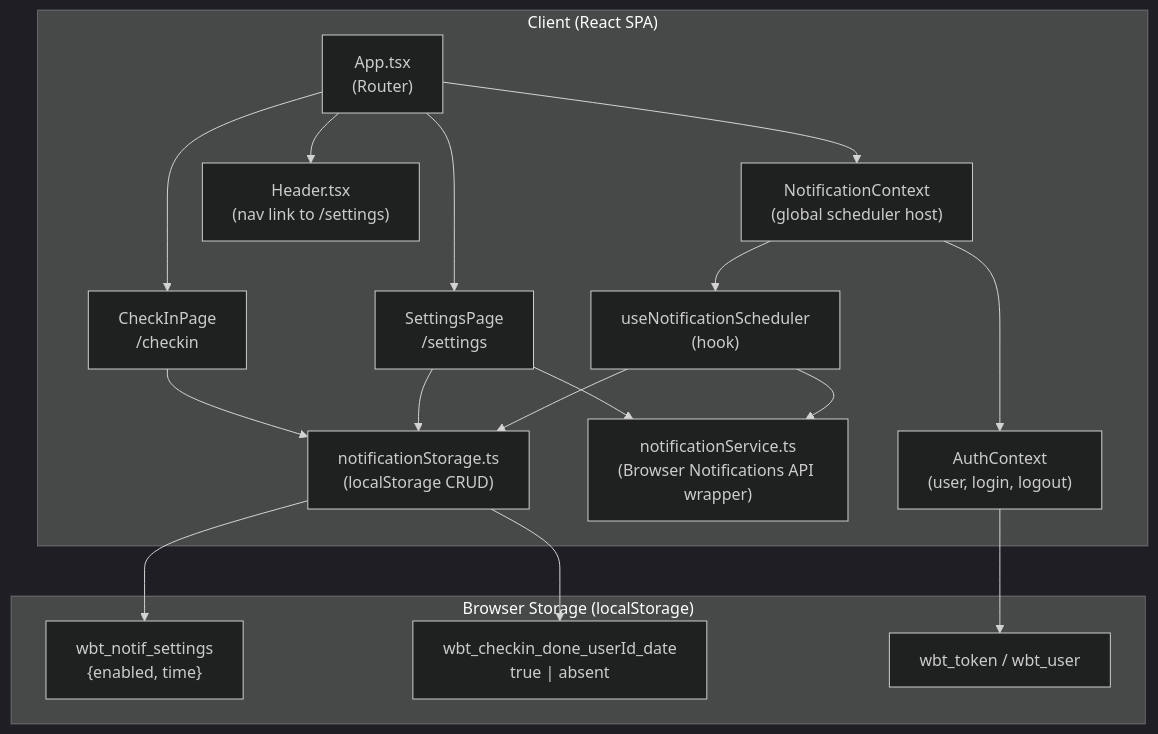
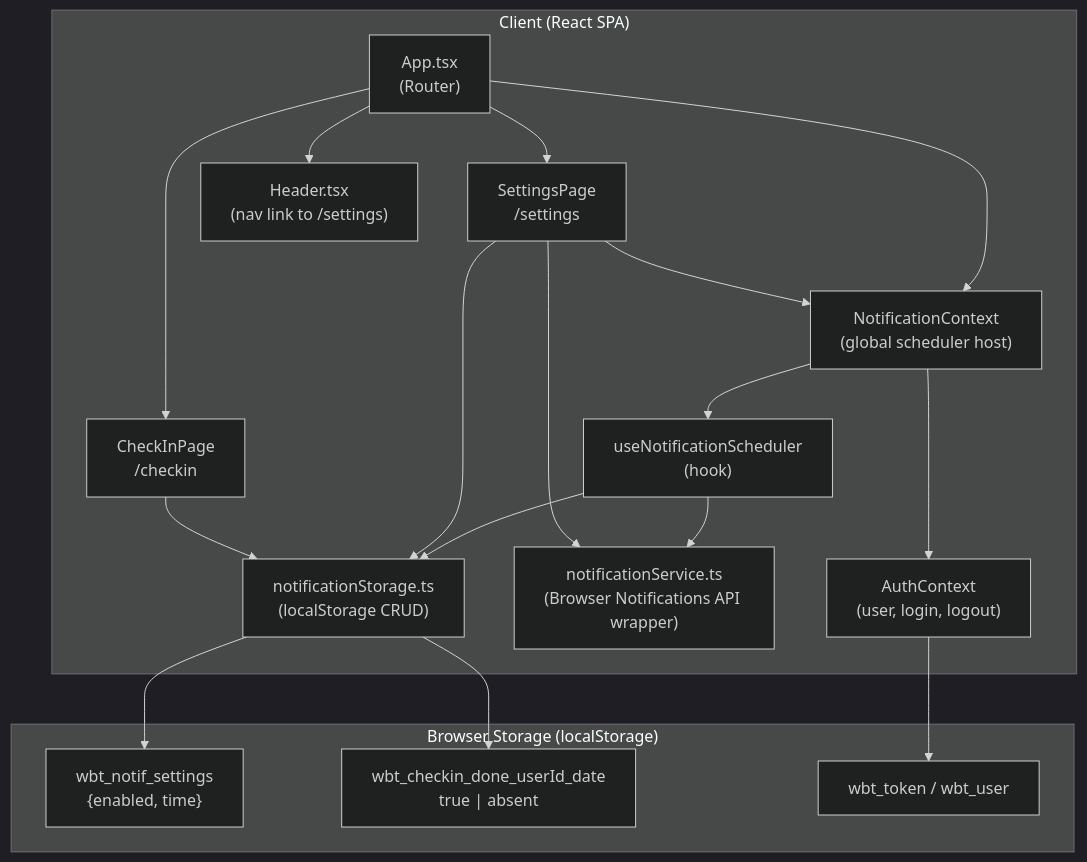
The first of 2 diagrams in docs/architecture.md (santoshhawle/remote-work-wellbeing-tracker), drawn with Mermaid (dark theme) before and after one commit. The commit also changed other lines of this file and 1 other file, not shown here.

````diff
--- a/docs/architecture.md
+++ b/docs/architecture.md
@@ -22,35 +33,36 @@
 ```mermaid
 graph TD
     subgraph Client ["Client (React SPA)"]
         APP["App.tsx\n(Router)"]
         AUTH["AuthContext\n(user, login, logout)"]
         SETTINGS["SettingsPage\n/settings"]
         NOTIF_CTX["NotificationContext\n(global scheduler host)"]
         SCHED["useNotificationScheduler\n(hook)"]
         NOTIF_SVC["notificationService.ts\n(Browser Notifications API wrapper)"]
         NOTIF_STORE["notificationStorage.ts\n(localStorage CRUD)"]
         CHECKIN["CheckInPage\n/checkin"]
         HEADER["Header.tsx\n(nav link to /settings)"]
     end
 
     subgraph Storage ["Browser Storage (localStorage)"]
         PREF["wbt_notif_settings\n{enabled, time}"]
         FLAG["wbt_checkin_done_userId_date\ntrue | absent"]
         AUTH_STORE["wbt_token / wbt_user"]
     end
 
     APP --> NOTIF_CTX
     APP --> SETTINGS
     APP --> CHECKIN
     APP --> HEADER
     NOTIF_CTX --> SCHED
     SCHED --> NOTIF_SVC
     SCHED --> NOTIF_STORE
     SETTINGS --> NOTIF_STORE
     SETTINGS --> NOTIF_SVC
     NOTIF_STORE --> PREF
     NOTIF_STORE --> FLAG
     CHECKIN --> NOTIF_STORE
     AUTH --> AUTH_STORE
     NOTIF_CTX --> AUTH
+    SETTINGS --> NOTIF_CTX
 ```
````
